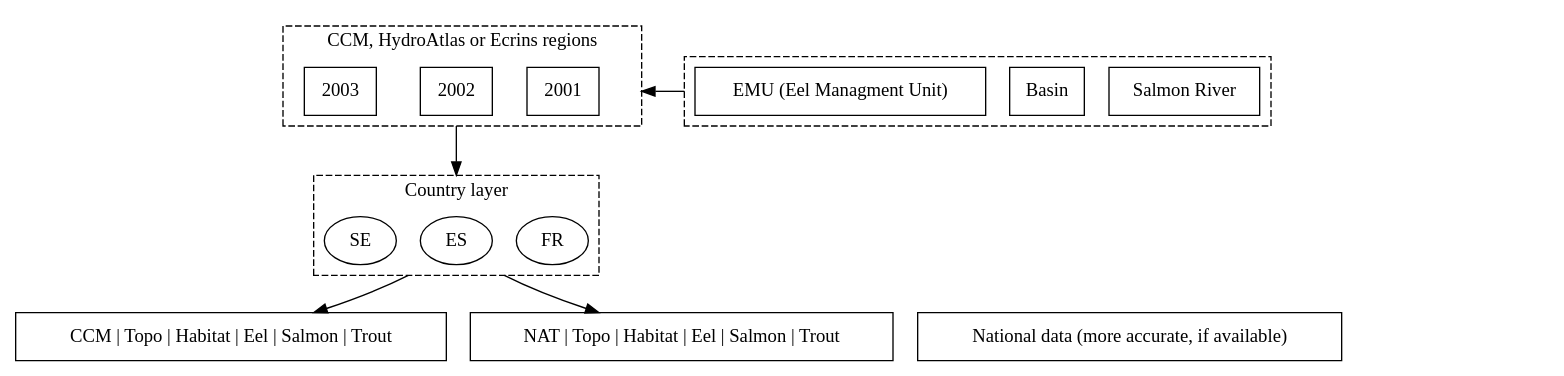
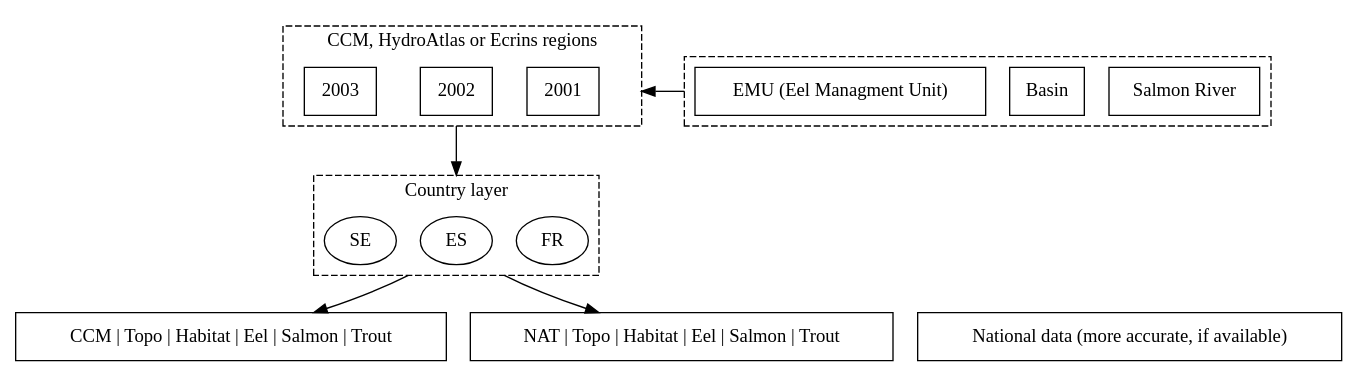
One commit to DIASPARAproject/WP3_migdb changed the first of 3 diagrams in R/diaspara_WP3_presentation.qmd. Above: the diagram before and after it, drawn with Graphviz. The commit also changed other lines of this file, not shown here.

Commit message:
dev: adding diagram to DamDB slide #11

````diff
--- a/R/diaspara_WP3_presentation.qmd
+++ b/R/diaspara_WP3_presentation.qmd
@@ -55,61 +55,59 @@
 ```{dot}
 digraph {
     //rankdir=TB; // Top-to-bottom orientation
     compound=true;
     newrank=true;
     A [label="2001", shape=box];
     B [label="2002", shape=box];
     C [label="2003", shape=box];
     D [label="FR", shape=ellipse];
     E [label="ES", shape=ellipse];
     F [label="SE", shape=ellipse];
     G [label="CCM | Topo | Habitat | Eel | Salmon | Trout", shape=box];
     H [label="NAT | Topo | Habitat | Eel | Salmon | Trout", shape=box];
 
     subgraph clusterA {
       label = "CCM, HydroAtlas or Ecrins regions";
       style=dashed;
       color=black;
       A;
       B;
       C;
     }
 
     subgraph clusterB {
       label = "Country layer";
       style=dashed;
       color=black;
       D;
       E;
       F;
     }
 
     
     B -> E [ltail=clusterA,lhead=clusterB,minlen=2];
     E -> G,H [ltail=clusterB];
 
     I [label="Salmon River", shape=box];
     J [label="Basin", shape=box];
     K [label="EMU (Eel Managment Unit)", shape=box];
     L [label="National data (more accurate, if available)", shape=box];
-    M [label="",shape=none]
-    N [label="",shape=none]
-    O [label="",shape=none]
+
 
     {rank=same;D;E;F;}
     {rank=same;A;B;C;I;J;K}
     {rank=same;G;H;L;} 
 
     subgraph clusterC {
       label = "";
       style=dashed;
       color=black;
       I;
       J;
       K;
     }
 
     K -> A [ltail=clusterC,lhead=clusterA,minlen=4];
     //L -> H [style=invis]
 }
 ```
````
